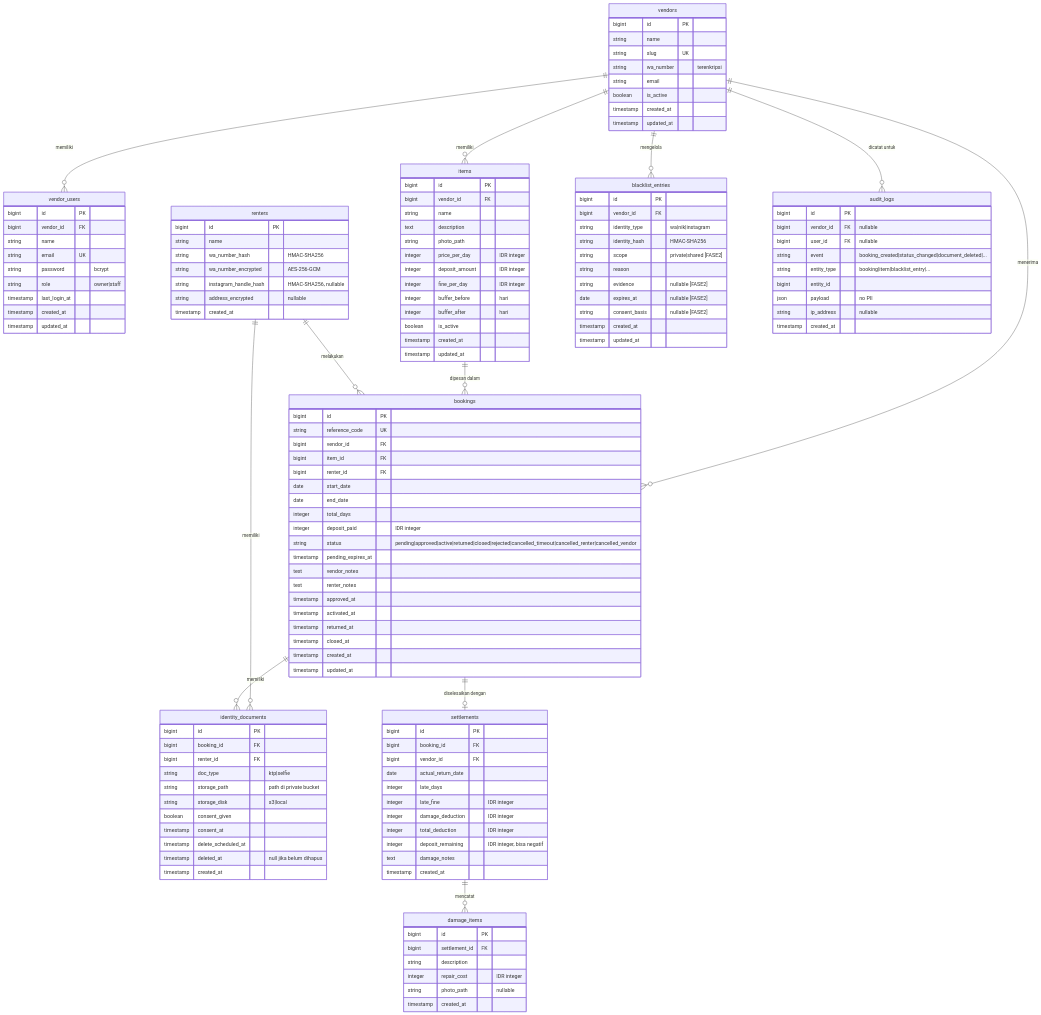
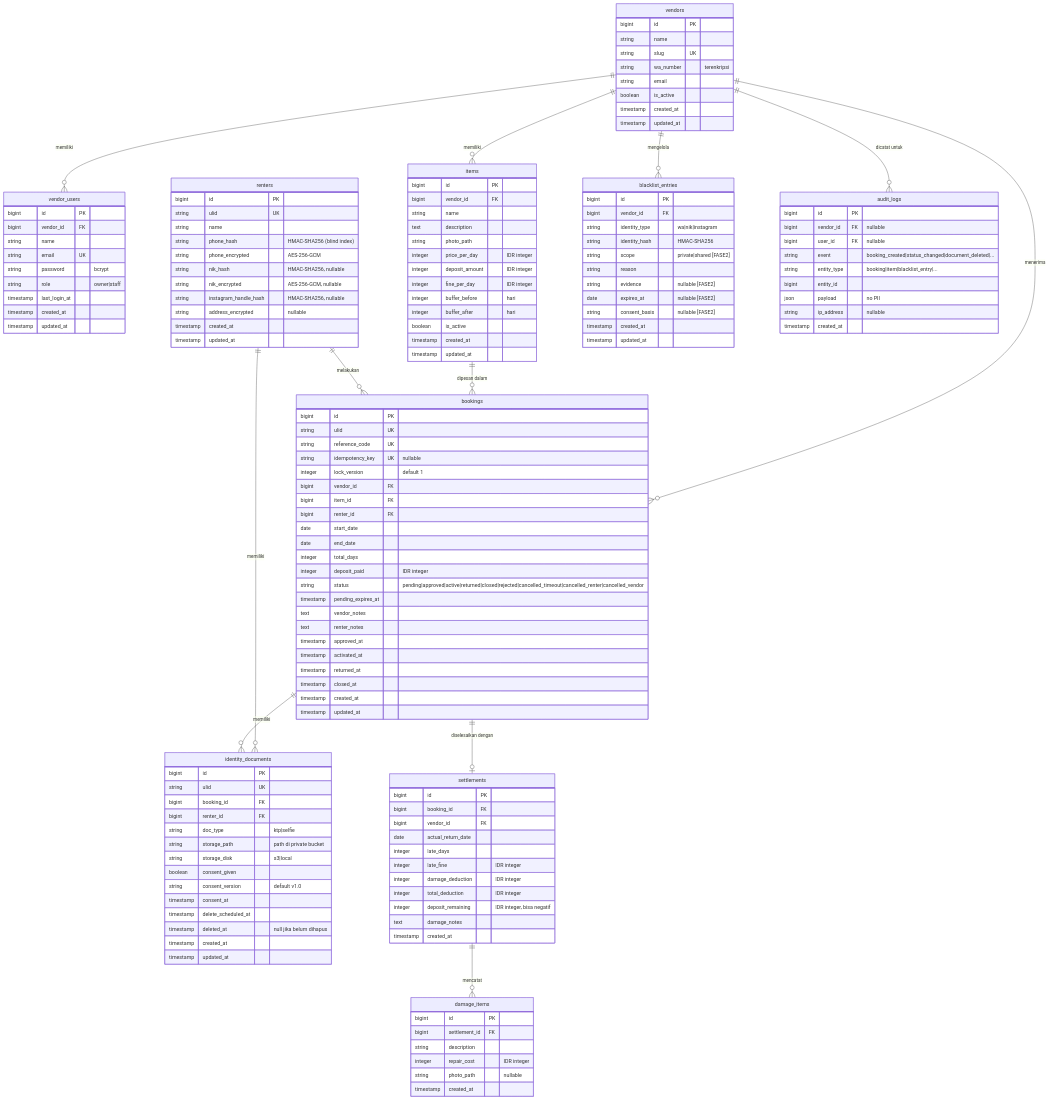
The diagram in docs/erd.md (codemaulana/jagasewa), drawn with Mermaid before and after one commit. The commit also changed other lines of this file and 3 other files, not shown here.

Commit message:
docs: align tasks, ERD, and deployment with cPanel and security specifications

```diff
--- a/docs/erd.md
+++ b/docs/erd.md
@@ -47,17 +47,24 @@
 
     renters {
         bigint id PK
+        string ulid UK
         string name
-        string wa_number_hash "HMAC-SHA256"
-        string wa_number_encrypted "AES-256-GCM"
+        string phone_hash "HMAC-SHA256 (blind index)"
+        string phone_encrypted "AES-256-GCM"
+        string nik_hash "HMAC-SHA256, nullable"
+        string nik_encrypted "AES-256-GCM, nullable"
         string instagram_handle_hash "HMAC-SHA256, nullable"
         string address_encrypted "nullable"
         timestamp created_at
+        timestamp updated_at
     }
 
     bookings {
         bigint id PK
+        string ulid UK
         string reference_code UK
+        string idempotency_key UK "nullable"
+        integer lock_version "default 1"
         bigint vendor_id FK
         bigint item_id FK
         bigint renter_id FK
@@ -79,16 +86,19 @@
 
     identity_documents {
         bigint id PK
+        string ulid UK
         bigint booking_id FK
         bigint renter_id FK
         string doc_type "ktp|selfie"
         string storage_path "path di private bucket"
         string storage_disk "s3|local"
         boolean consent_given
+        string consent_version "default v1.0"
         timestamp consent_at
         timestamp delete_scheduled_at
         timestamp deleted_at "null jika belum dihapus"
         timestamp created_at
+        timestamp updated_at
     }
 
     blacklist_entries {
```
